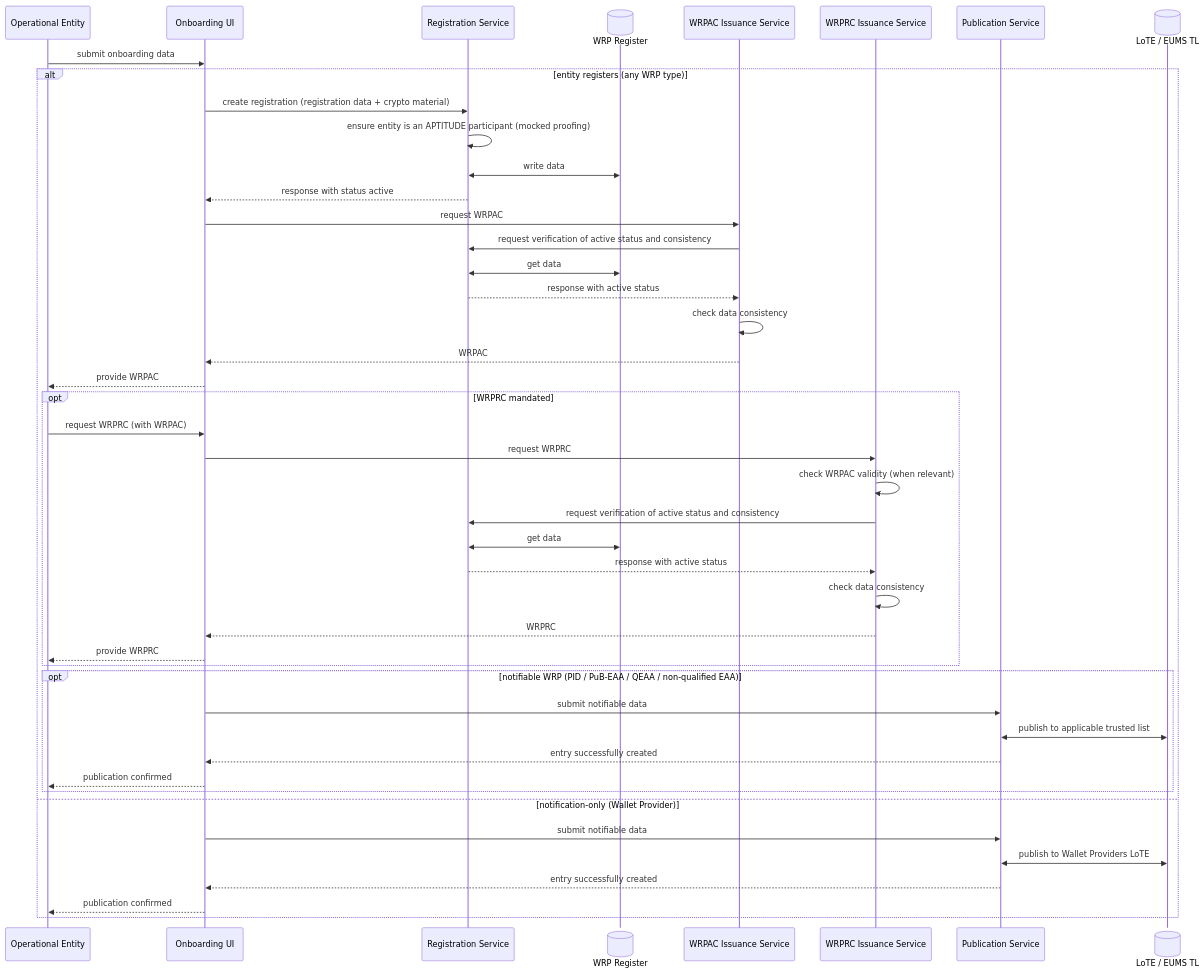
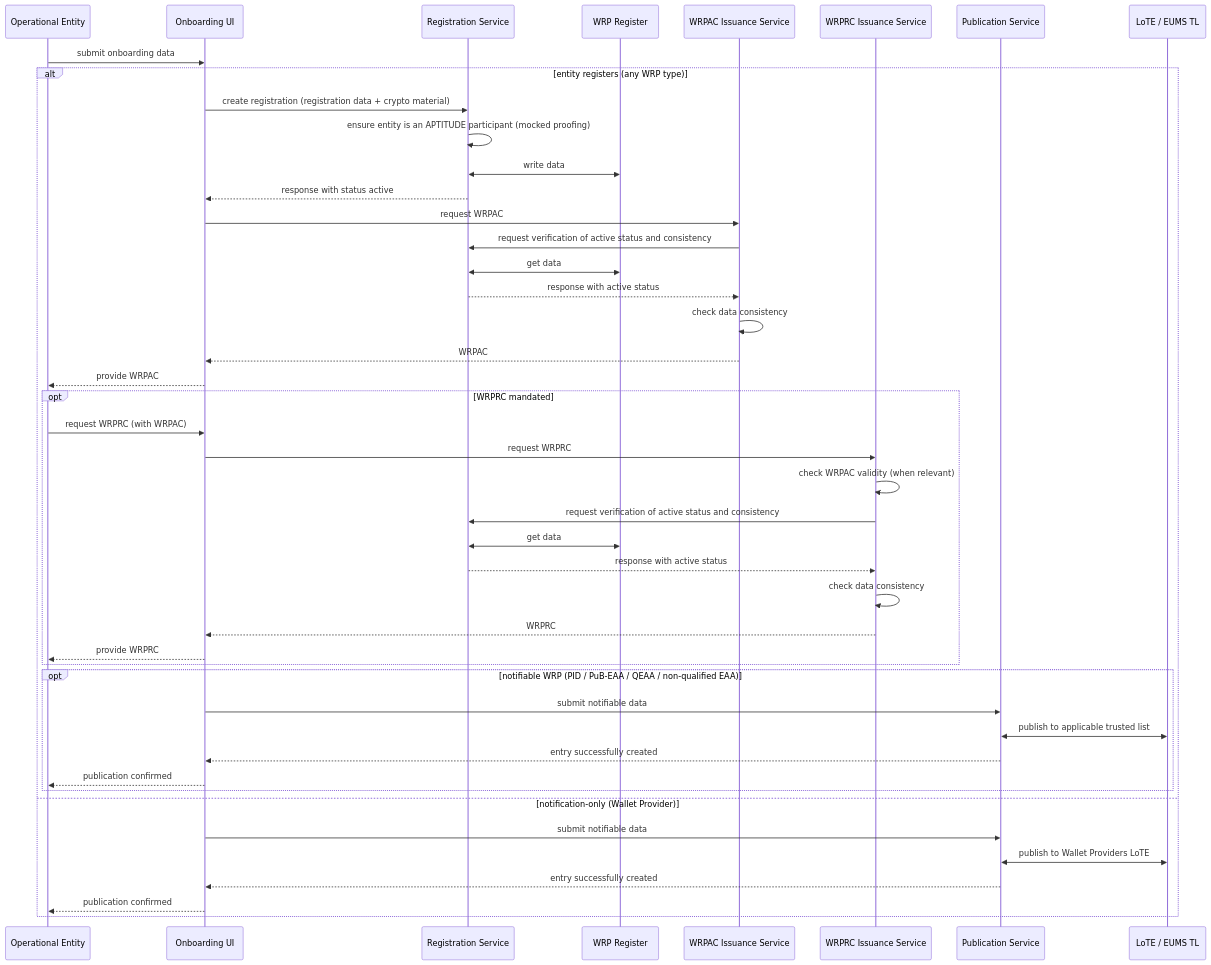
One commit to APTITUDE-Consortium/wp2-trust-specifications changed the fourth of 5 diagrams in docs/topics/onboarding-process.md. Above: the diagram before and after it, drawn with Mermaid. The commit also changed 1 other file, not shown here.

Commit message:
fix: mermaid and table css

````diff
--- a/docs/topics/onboarding-process.md
+++ b/docs/topics/onboarding-process.md
@@ -258,48 +258,48 @@
 ```mermaid
 sequenceDiagram
     participant E as Operational Entity
     participant UI as Onboarding UI
     participant RegServ as Registration Service
-    actor Register@{ "type": "database" }  as WRP Register
+    participant Register as WRP Register
     participant ACServ as WRPAC Issuance Service
     participant RCServ as WRPRC Issuance Service
     participant PubServ as Publication Service
-    actor TL@{ "type": "database" }  as LoTE / EUMS TL
+    participant TL as LoTE / EUMS TL
 
     E->>UI: submit onboarding data
     alt entity registers (any WRP type)
         UI->>RegServ: create registration (registration data + crypto material)
         RegServ->>RegServ: ensure entity is an APTITUDE participant (mocked proofing)
         RegServ<<->>Register: write data
         RegServ-->>UI: response with status active
         UI->>ACServ: request WRPAC
         ACServ->>RegServ: request verification of active status and consistency
         RegServ<<->>Register: get data
         RegServ-->>ACServ: response with active status
         ACServ->>ACServ: check data consistency
         ACServ-->>UI: WRPAC
         UI-->>E: provide WRPAC
         opt WRPRC mandated
             E->>UI: request WRPRC (with WRPAC)
             UI->>RCServ: request WRPRC
             RCServ->>RCServ: check WRPAC validity (when relevant)
             RCServ->>RegServ: request verification of active status and consistency
             RegServ<<->>Register: get data
             RegServ-->>RCServ: response with active status
             RCServ->>RCServ: check data consistency
             RCServ-->>UI: WRPRC
             UI-->>E: provide WRPRC
         end
         opt notifiable WRP (PID / PuB-EAA / QEAA / non-qualified EAA)
             UI->>PubServ: submit notifiable data
             PubServ<<->>TL: publish to applicable trusted list
             PubServ-->>UI: entry successfully created
             UI-->>E: publication confirmed
         end
     else notification-only (Wallet Provider)
         UI->>PubServ: submit notifiable data
         PubServ<<->>TL: publish to Wallet Providers LoTE
         PubServ-->>UI: entry successfully created
         UI-->>E: publication confirmed
     end
 ```
````
